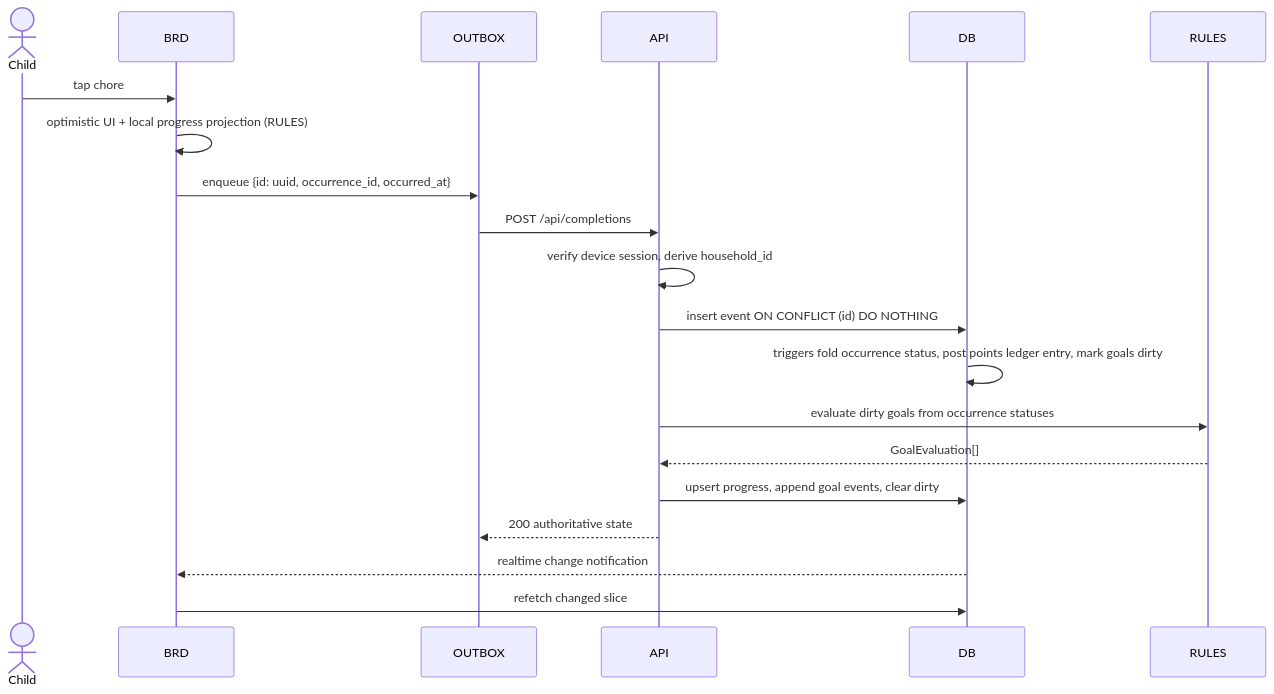
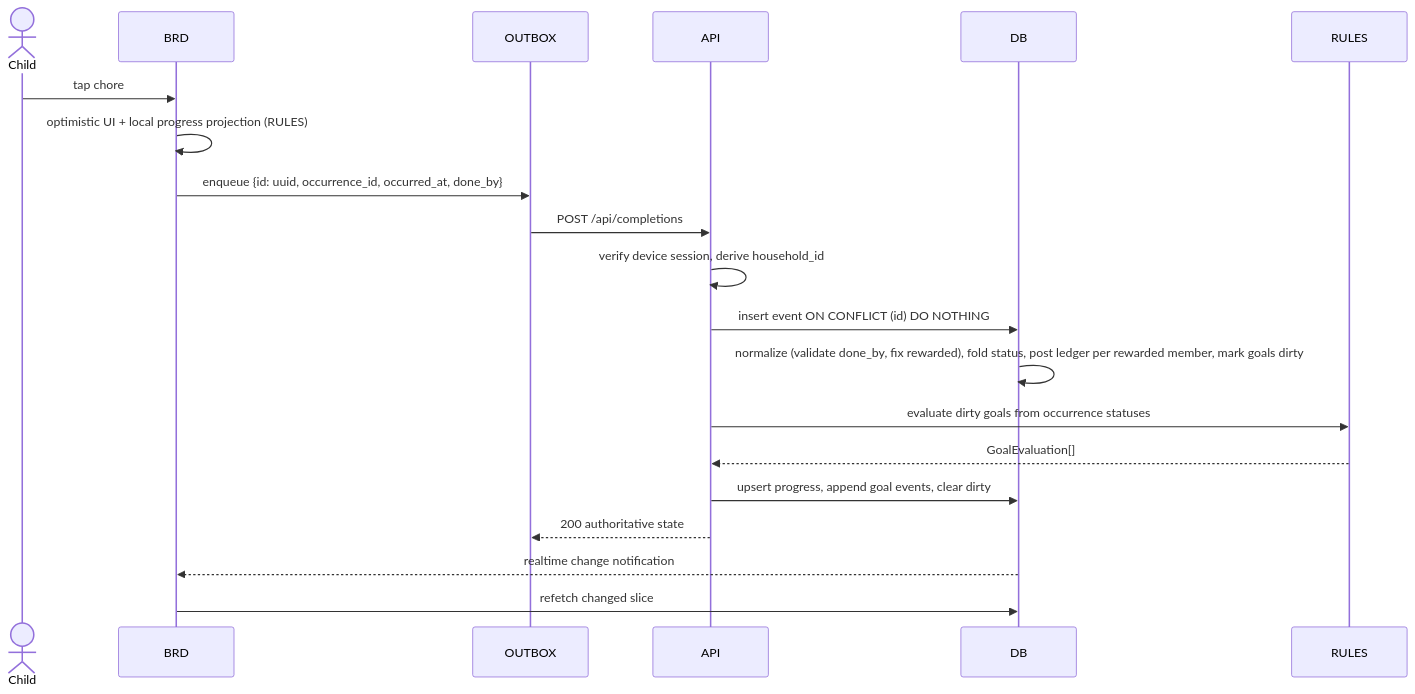
The fourth of 10 diagrams in docs/01-technical-architecture.md (mronan83/Family-Hub), drawn with Mermaid before and after one commit. The commit also changed other lines of this file and 8 other files, not shown here.

````diff
--- a/docs/01-technical-architecture.md
+++ b/docs/01-technical-architecture.md
@@ -160,23 +162,23 @@
 ```mermaid
 sequenceDiagram
   actor K as Child
   participant B as BRD
   participant O as OUTBOX
   participant A as API
   participant D as DB
   participant R as RULES
 
   K->>B: tap chore
   B->>B: optimistic UI + local progress projection (RULES)
-  B->>O: enqueue {id: uuid, occurrence_id, occurred_at}
+  B->>O: enqueue {id: uuid, occurrence_id, occurred_at, done_by}
   O->>A: POST /api/completions
   A->>A: verify device session, derive household_id
   A->>D: insert event ON CONFLICT (id) DO NOTHING
-  D->>D: triggers fold occurrence status, post points ledger entry, mark goals dirty
+  D->>D: normalize (validate done_by, fix rewarded), fold status, post ledger per rewarded member, mark goals dirty
   A->>R: evaluate dirty goals from occurrence statuses
   R-->>A: GoalEvaluation[]
   A->>D: upsert progress, append goal events, clear dirty
   A-->>O: 200 authoritative state
   D-->>B: realtime change notification
   B->>D: refetch changed slice
 ```
````
